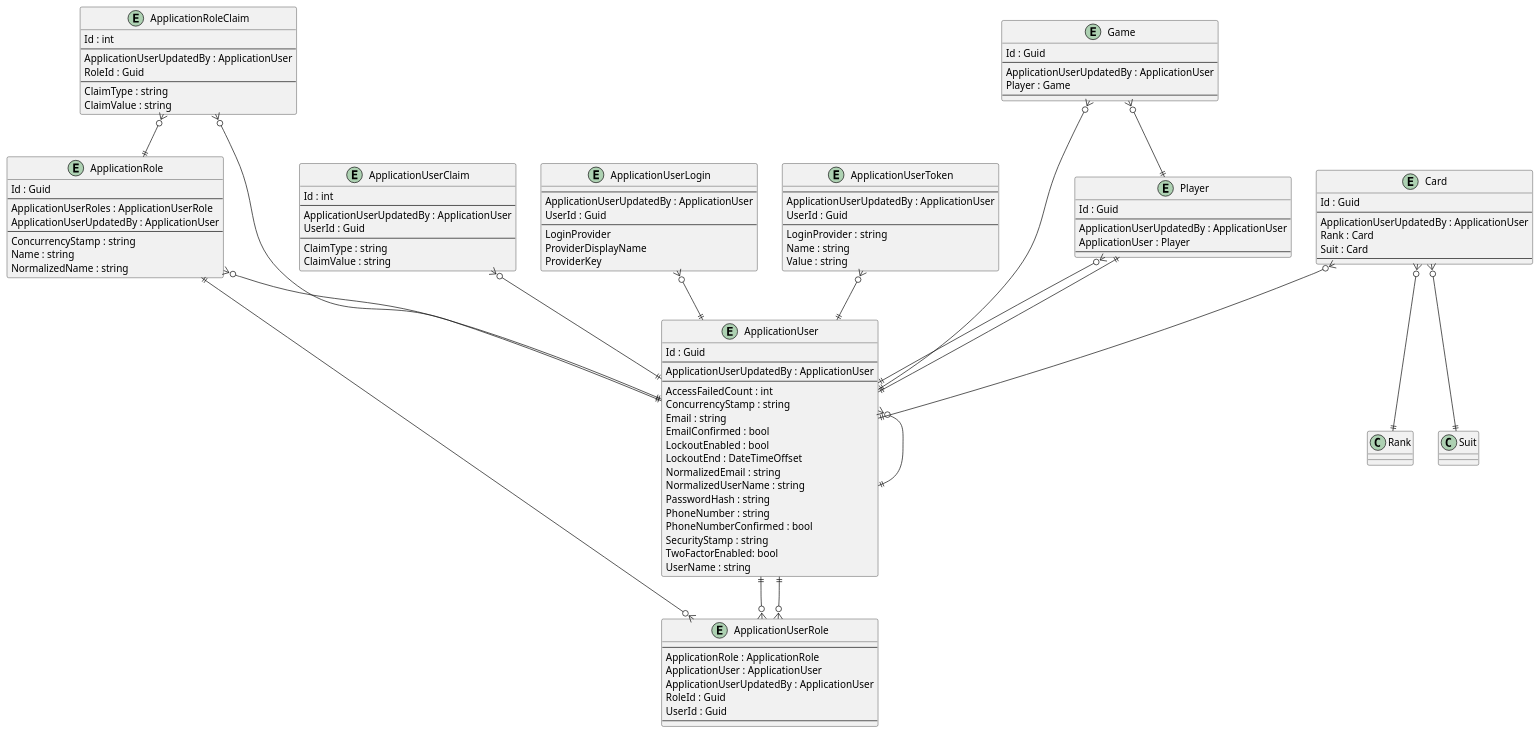
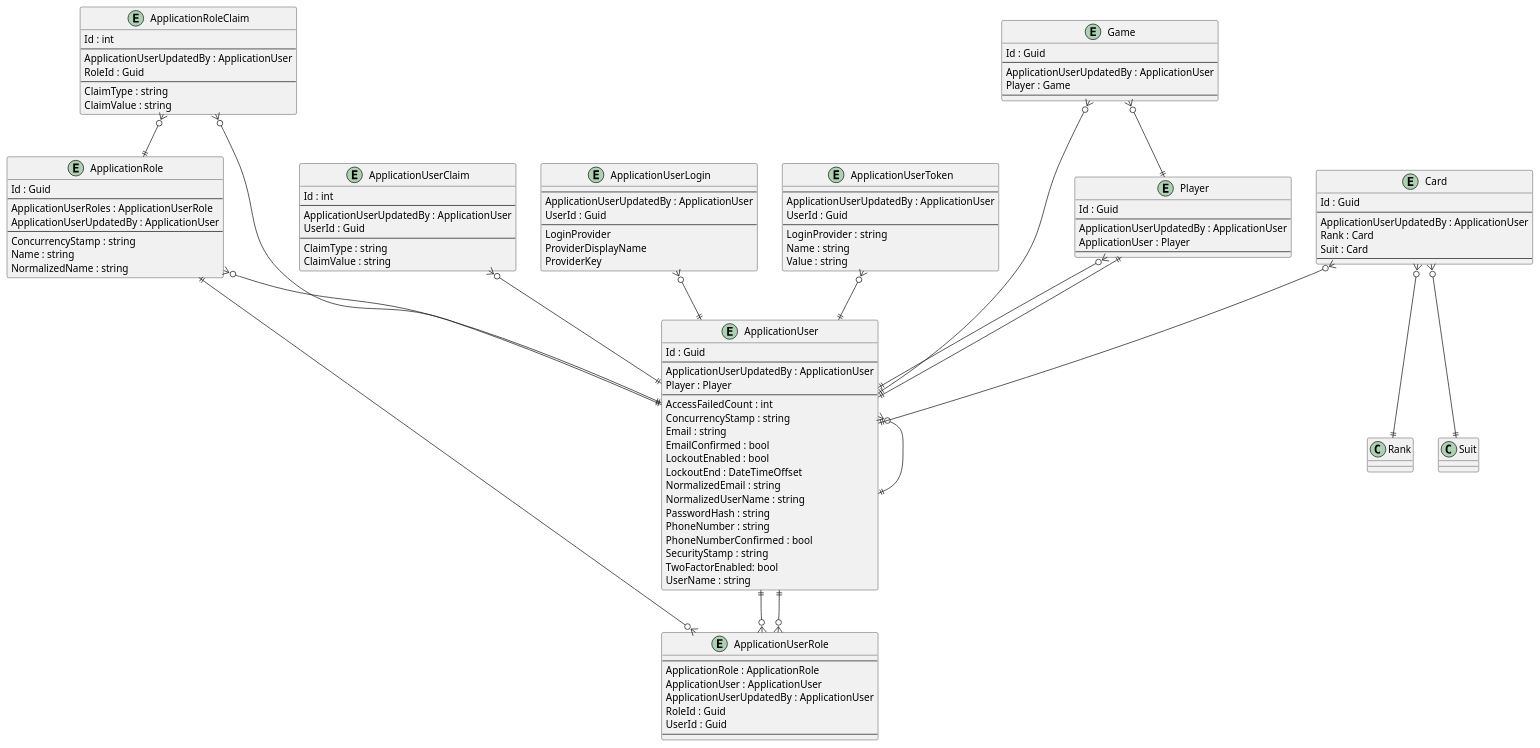
The diagram in .docs/Intrepion.KlondikeSolitaire.pu (intrepion/intrepion_klondike-solitaire_csharp), drawn with PlantUML before and after one commit.

```diff
--- a/.docs/Intrepion.KlondikeSolitaire.pu
+++ b/.docs/Intrepion.KlondikeSolitaire.pu
@@ -1,139 +1,140 @@
 @startuml
 
 entity ApplicationRole {
     Id : Guid
     --
     ApplicationUserRoles : ApplicationUserRole
     ApplicationUserUpdatedBy : ApplicationUser
     --
     ConcurrencyStamp : string
     Name : string
     NormalizedName : string
 }
 
 entity ApplicationRoleClaim {
     Id : int
     --
     ApplicationUserUpdatedBy : ApplicationUser
     RoleId : Guid
     --
     ClaimType : string
     ClaimValue : string
 }
 
 entity ApplicationUser {
     Id : Guid
     --
     ApplicationUserUpdatedBy : ApplicationUser
+    Player : Player
     ' ApplicationUserKeyCodePlaceholder
     --
     AccessFailedCount : int
     ConcurrencyStamp : string
     Email : string
     EmailConfirmed : bool
     LockoutEnabled : bool
     LockoutEnd : DateTimeOffset
     NormalizedEmail : string
     NormalizedUserName : string
     PasswordHash : string
     PhoneNumber : string
     PhoneNumberConfirmed : bool
     SecurityStamp : string
     TwoFactorEnabled: bool
     UserName : string
 }
 
 entity ApplicationUserClaim {
     Id : int
     --
     ApplicationUserUpdatedBy : ApplicationUser
     UserId : Guid
     --
     ClaimType : string
     ClaimValue : string
 }
 
 entity ApplicationUserLogin {
     --
     ApplicationUserUpdatedBy : ApplicationUser
     UserId : Guid
     --
     LoginProvider
     ProviderDisplayName
     ProviderKey
 }
 
 entity ApplicationUserRole {
     --
     ApplicationRole : ApplicationRole
     ApplicationUser : ApplicationUser
     ApplicationUserUpdatedBy : ApplicationUser
     RoleId : Guid
     UserId : Guid
     --
 }
 
 entity ApplicationUserToken {
     --
     ApplicationUserUpdatedBy : ApplicationUser
     UserId : Guid
     --
     LoginProvider : string
     Name : string
     Value : string
 }
 
 entity Card {
     Id : Guid
     --
     ApplicationUserUpdatedBy : ApplicationUser
     Rank : Card
     Suit : Card
     ' CardKeyCodePlaceholder
     --
     ' CardPropertyCodePlaceholder
 }
 
 entity Game {
     Id : Guid
     --
     ApplicationUserUpdatedBy : ApplicationUser
     Player : Game
     ' GameKeyCodePlaceholder
     --
     ' GamePropertyCodePlaceholder
 }
 
 entity Player {
     Id : Guid
     --
     ApplicationUserUpdatedBy : ApplicationUser
     ApplicationUser : Player
     ' PlayerKeyCodePlaceholder
     --
     ' PlayerPropertyCodePlaceholder
 }
 
 ' EntityCodePlaceholder
 
 ApplicationRole ||--o{ ApplicationUserRole
 ApplicationRole }o--|| ApplicationUser
 ApplicationRoleClaim }o--|| ApplicationRole
 ApplicationRoleClaim }o--|| ApplicationUser
 ApplicationUser }o--|| ApplicationUser
 ApplicationUser ||--o{ ApplicationUserRole
 ApplicationUserClaim }o--|| ApplicationUser
 ApplicationUserLogin }o--|| ApplicationUser
 ApplicationUserRole }o--|| ApplicationUser
 ApplicationUserToken }o--|| ApplicationUser
 
 Card }o--|| ApplicationUser
 Card }o--|| Rank
 Card }o--|| Suit
 Game }o--|| ApplicationUser
 Game }o--|| Player
 Player }o--|| ApplicationUser
 Player ||--|| ApplicationUser
 ' RelationshipCodePlaceholder
 
 @enduml
```
